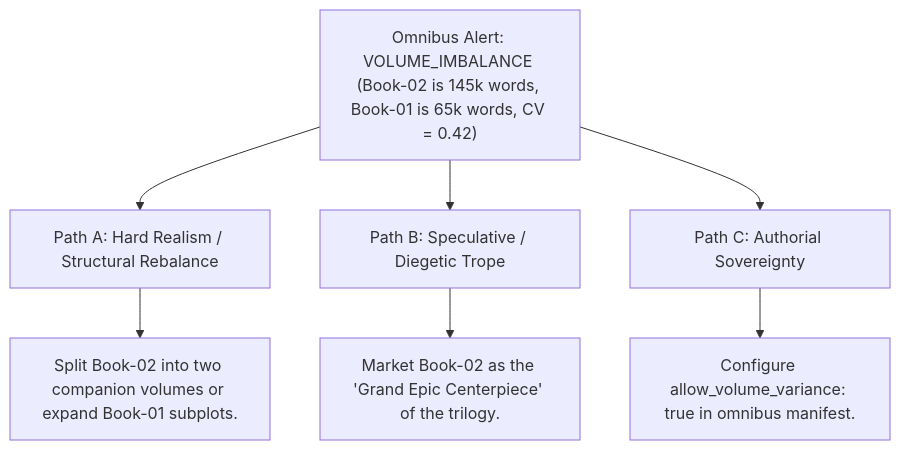
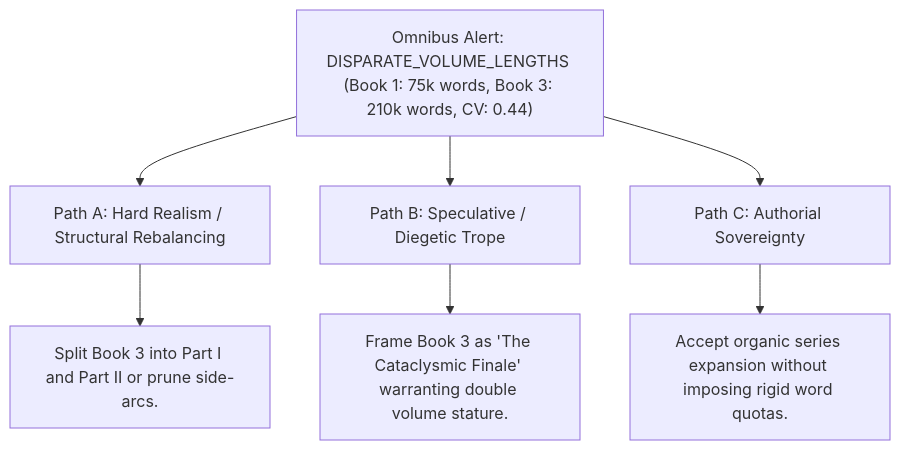
One commit to aryansinghnagar/Ars-Arcanum changed the diagram in docs/OMNIBUS.md. Above: the diagram before and after it, drawn with Mermaid. The commit also changed other lines of this file and 239 other files, not shown here.

First line of the commit message:
feat(v5.0.0): streamline to 47 deterministic engines, zero-pip architecture, and encyclopedic craft references

````diff
--- a/docs/OMNIBUS.md
+++ b/docs/OMNIBUS.md
@@ -100,10 +220,10 @@
 ```mermaid
 flowchart TD
-    Alert["Omnibus Alert: VOLUME_IMBALANCE (Book-02 is 145k words, Book-01 is 65k words, CV = 0.42)"] --> PathA["Path A: Hard Realism / Structural Rebalance"]
+    Alert["Omnibus Alert: DISPARATE_VOLUME_LENGTHS (Book 1: 75k words, Book 3: 210k words, CV: 0.44)"] --> PathA["Path A: Hard Realism / Structural Rebalancing"]
     Alert --> PathB["Path B: Speculative / Diegetic Trope"]
     Alert --> PathC["Path C: Authorial Sovereignty"]
     
-    PathA --> SolA["Split Book-02 into two companion volumes or expand Book-01 subplots."]
-    PathB --> SolB["Market Book-02 as the 'Grand Epic Centerpiece' of the trilogy."]
-    PathC --> SolC["Configure allow_volume_variance: true in omnibus manifest."]
+    PathA --> SolA["Split Book 3 into Part I and Part II or prune side-arcs."]
+    PathB --> SolB["Frame Book 3 as 'The Cataclysmic Finale' warranting double volume stature."]
+    PathC --> SolC["Accept organic series expansion without imposing rigid word quotas."]
 ```
````
